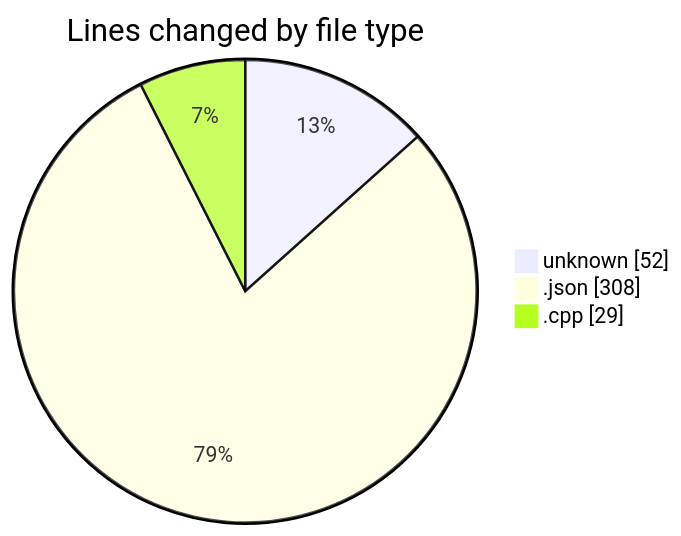
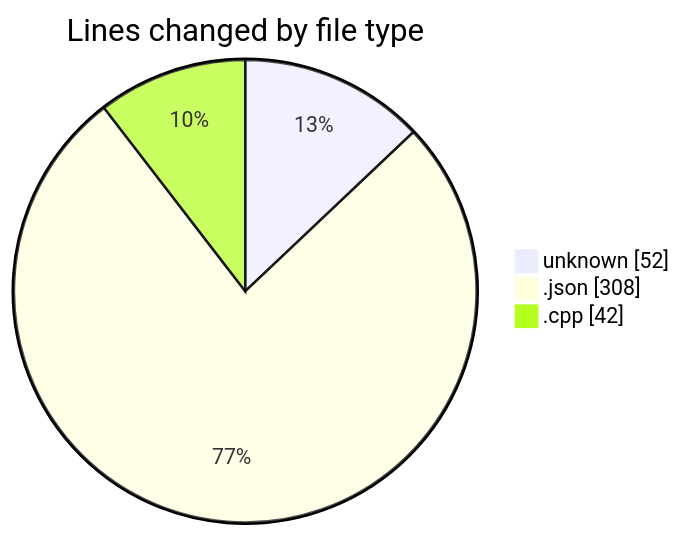
Before and after one commit to Netris89/code-tracking: the first of 2 diagrams in 2025-03-26/echo/README.md, drawn with Mermaid. The commit also changed other lines of this file and 1 other file, not shown here.

````diff
--- a/2025-03-26/echo/README.md
+++ b/2025-03-26/echo/README.md
@@ -24,7 +24,7 @@
 ```mermaid
 pie showData
 title Lines changed by file type
 "unknown" : 52
 ".json" : 308
-".cpp" : 29
+".cpp" : 42
 ```
````
